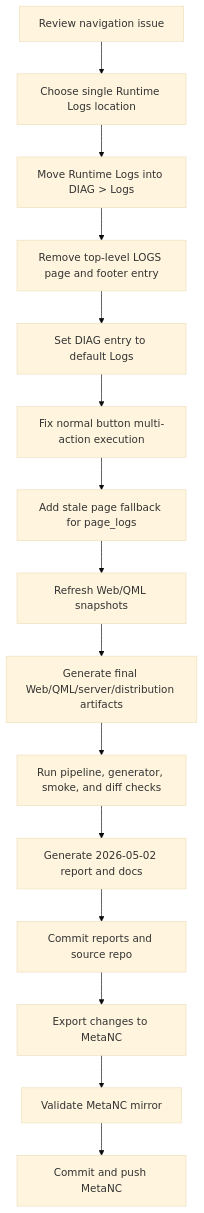
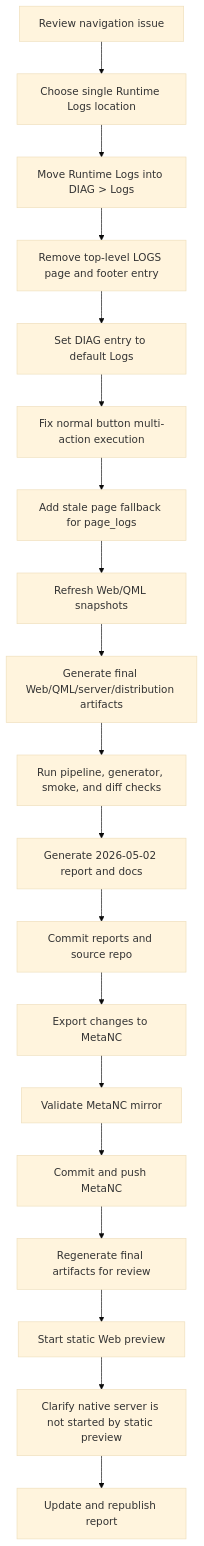
One commit to luppiterw/metanc_hmi_dsl_reports changed the diagram in 2026-05-02-codex-session/workflow-diagram.md. Above: the diagram before and after it, drawn with Mermaid (base theme). The commit also changed 15 other files, not shown here.

Commit message:
reports: update 2026-05-02 final preview notes

````diff
--- a/2026-05-02-codex-session/workflow-diagram.md
+++ b/2026-05-02-codex-session/workflow-diagram.md
@@ -3,17 +3,21 @@
 ```mermaid
 flowchart TD
     A[Review navigation issue] --> B[Choose single Runtime Logs location]
     B --> C[Move Runtime Logs into DIAG > Logs]
     C --> D[Remove top-level LOGS page and footer entry]
     D --> E[Set DIAG entry to default Logs]
     E --> F[Fix normal button multi-action execution]
     F --> G[Add stale page fallback for page_logs]
     G --> H[Refresh Web/QML snapshots]
     H --> I[Generate final Web/QML/server/distribution artifacts]
     I --> J[Run pipeline, generator, smoke, and diff checks]
     J --> K[Generate 2026-05-02 report and docs]
     K --> L[Commit reports and source repo]
     L --> M[Export changes to MetaNC]
     M --> N[Validate MetaNC mirror]
     N --> O[Commit and push MetaNC]
+    O --> P[Regenerate final artifacts for review]
+    P --> Q[Start static Web preview]
+    Q --> R[Clarify native server is not started by static preview]
+    R --> S[Update and republish report]
 ```
````
